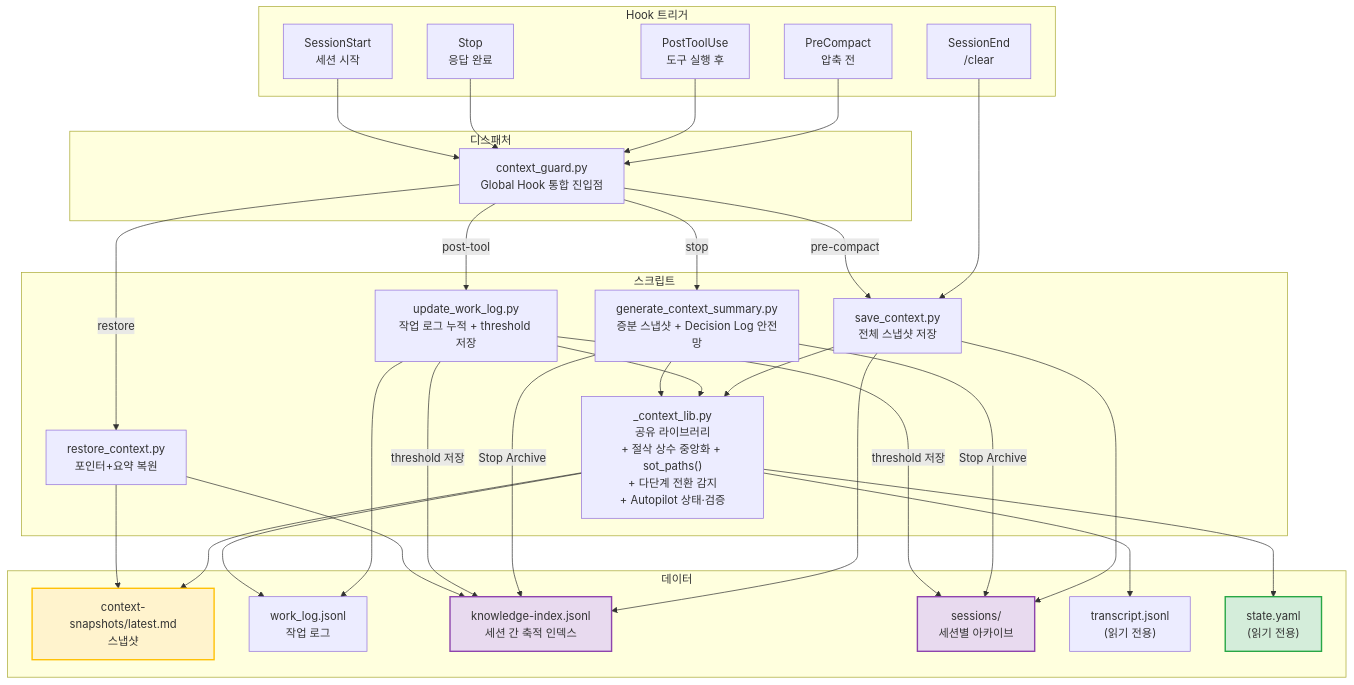
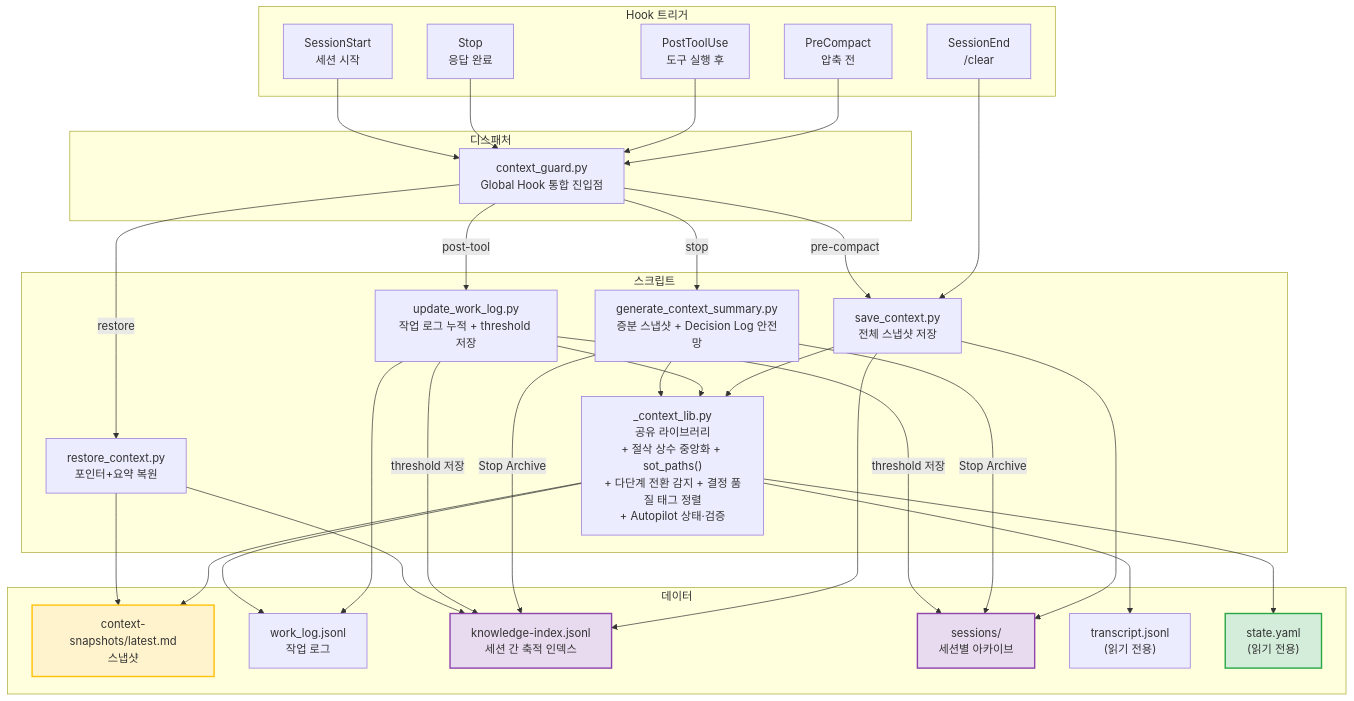
One commit to oogisoogi/AgenticWorkflow changed the sixth of 13 diagrams in AGENTICWORKFLOW-ARCHITECTURE-AND-PHILOSOPHY.md. Above: the diagram before and after it, drawn with Mermaid. The commit also changed other lines of this file and 17 other files, not shown here.

````diff
--- a/AGENTICWORKFLOW-ARCHITECTURE-AND-PHILOSOPHY.md
+++ b/AGENTICWORKFLOW-ARCHITECTURE-AND-PHILOSOPHY.md
@@ -633,64 +633,64 @@
 ```mermaid
 graph TB
     subgraph "Hook 트리거"
         SE["SessionEnd<br/>/clear"]
         PC["PreCompact<br/>압축 전"]
         PTU["PostToolUse<br/>도구 실행 후"]
         ST["Stop<br/>응답 완료"]
         SS["SessionStart<br/>세션 시작"]
     end
 
     subgraph "디스패처"
         CG["context_guard.py<br/>Global Hook 통합 진입점"]
     end
 
     subgraph "스크립트"
         SAVE["save_context.py<br/>전체 스냅샷 저장"]
         UWL["update_work_log.py<br/>작업 로그 누적 + threshold 저장"]
         GCS["generate_context_summary.py<br/>증분 스냅샷 + Decision Log 안전망"]
         REST["restore_context.py<br/>포인터+요약 복원"]
-        LIB["_context_lib.py<br/>공유 라이브러리<br/>+ 절삭 상수 중앙화 + sot_paths()<br/>+ 다단계 전환 감지<br/>+ Autopilot 상태·검증"]
+        LIB["_context_lib.py<br/>공유 라이브러리<br/>+ 절삭 상수 중앙화 + sot_paths()<br/>+ 다단계 전환 감지 + 결정 품질 태그 정렬<br/>+ Autopilot 상태·검증"]
     end
 
     subgraph "데이터"
         SNAP["context-snapshots/latest.md<br/>스냅샷"]
         WLOG["work_log.jsonl<br/>작업 로그"]
         KI["knowledge-index.jsonl<br/>세션 간 축적 인덱스"]
         SESS["sessions/<br/>세션별 아카이브"]
         TRANS["transcript.jsonl<br/>(읽기 전용)"]
         SOT2["state.yaml<br/>(읽기 전용)"]
     end
 
     SE --> SAVE
     PC --> CG
     PTU --> CG
     ST --> CG
     SS --> CG
     CG -->|pre-compact| SAVE
     CG -->|post-tool| UWL
     CG -->|stop| GCS
     CG -->|restore| REST
 
     SAVE --> LIB
     UWL --> LIB
     GCS --> LIB
 
     LIB --> TRANS
     LIB --> SOT2
     LIB --> SNAP
     UWL --> WLOG
     LIB --> WLOG
     SAVE --> KI
     SAVE --> SESS
     GCS -->|"Stop Archive"| KI
     GCS -->|"Stop Archive"| SESS
     UWL -->|"threshold 저장"| KI
     UWL -->|"threshold 저장"| SESS
     REST --> SNAP
     REST --> KI
 
     style SOT2 fill:#d4edda,stroke:#28a745,stroke-width:2px
     style SNAP fill:#fff3cd,stroke:#ffc107,stroke-width:2px
     style KI fill:#e8daef,stroke:#8e44ad,stroke-width:2px
     style SESS fill:#e8daef,stroke:#8e44ad,stroke-width:2px
 ```
````
